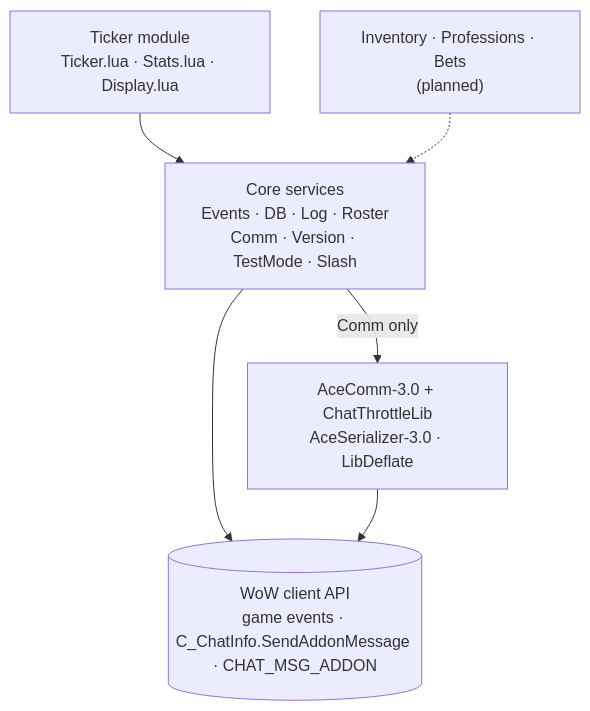
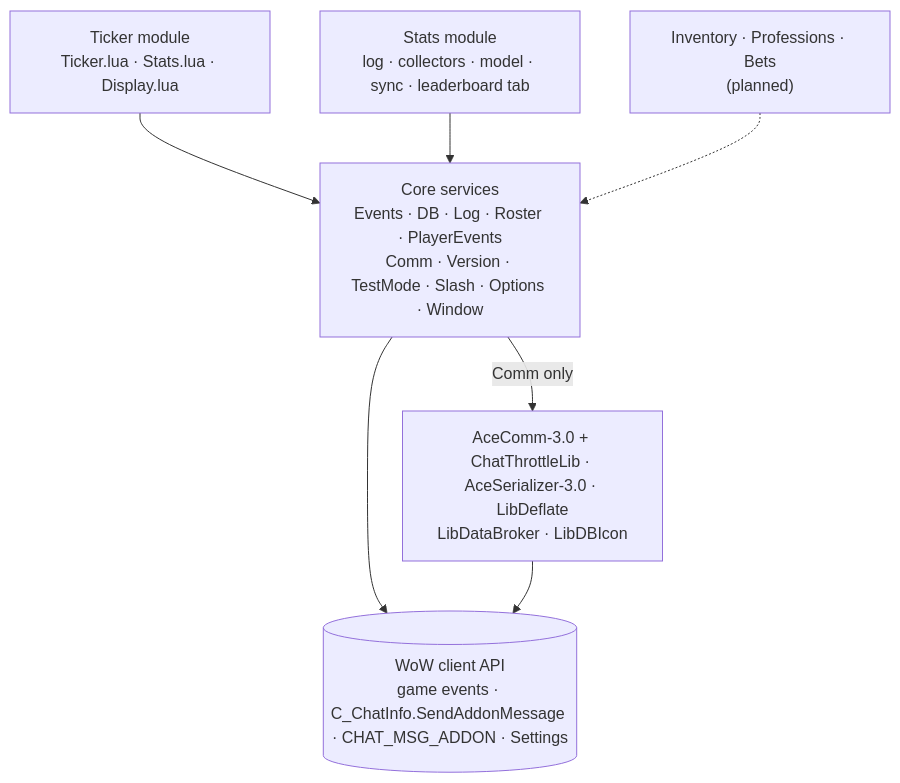
The first of 5 diagrams in ARCHITECTURE.md (snoopjust/LooserPiml), drawn with Mermaid before and after one commit. The commit also changed other lines of this file, not shown here.

First line of the commit message:
ARCHITECTURE: stats data flow, settings/window, new restrictions

````diff
--- a/ARCHITECTURE.md
+++ b/ARCHITECTURE.md
@@ -16,13 +20,15 @@
 ```mermaid
 flowchart TB
     Ticker["Ticker module<br/>Ticker.lua · Stats.lua · Display.lua"]
+    Stats["Stats module<br/>log · collectors · model · sync · leaderboard tab"]
     Future["Inventory · Professions · Bets<br/>(planned)"]
-    Core["Core services<br/>Events · DB · Log · Roster<br/>Comm · Version · TestMode · Slash"]
-    Libs["AceComm-3.0 + ChatThrottleLib<br/>AceSerializer-3.0 · LibDeflate"]
-    API[("WoW client API<br/>game events · C_ChatInfo.SendAddonMessage · CHAT_MSG_ADDON")]
+    Core["Core services<br/>Events · DB · Log · Roster · PlayerEvents<br/>Comm · Version · TestMode · Slash · Options · Window"]
+    Libs["AceComm-3.0 + ChatThrottleLib · AceSerializer-3.0 · LibDeflate<br/>LibDataBroker · LibDBIcon"]
+    API[("WoW client API<br/>game events · C_ChatInfo.SendAddonMessage · CHAT_MSG_ADDON · Settings")]
     Ticker --> Core
+    Stats --> Core
     Future -.-> Core
     Core -->|"Comm only"| Libs
     Core --> API
     Libs --> API
 ```
````
